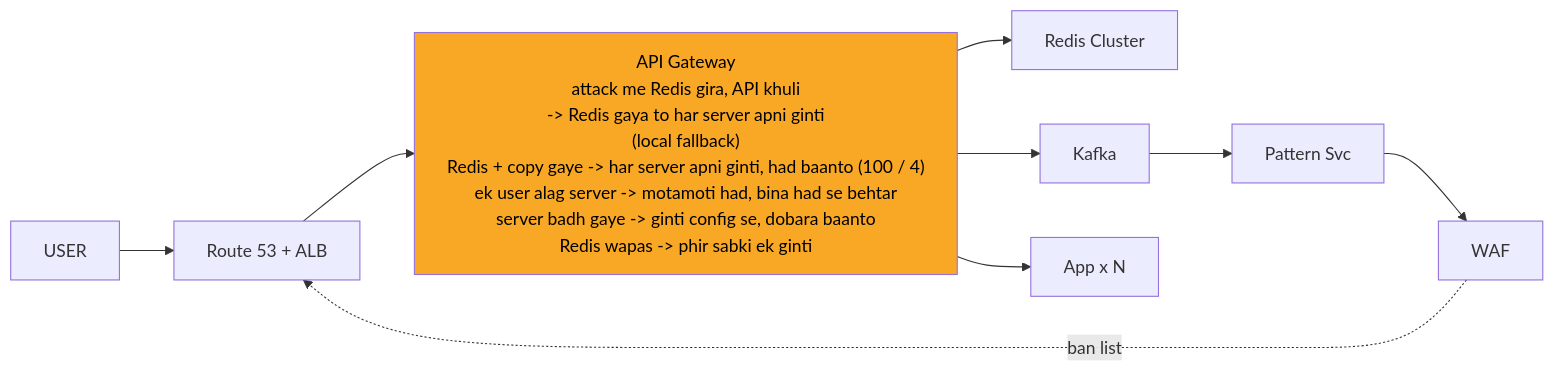
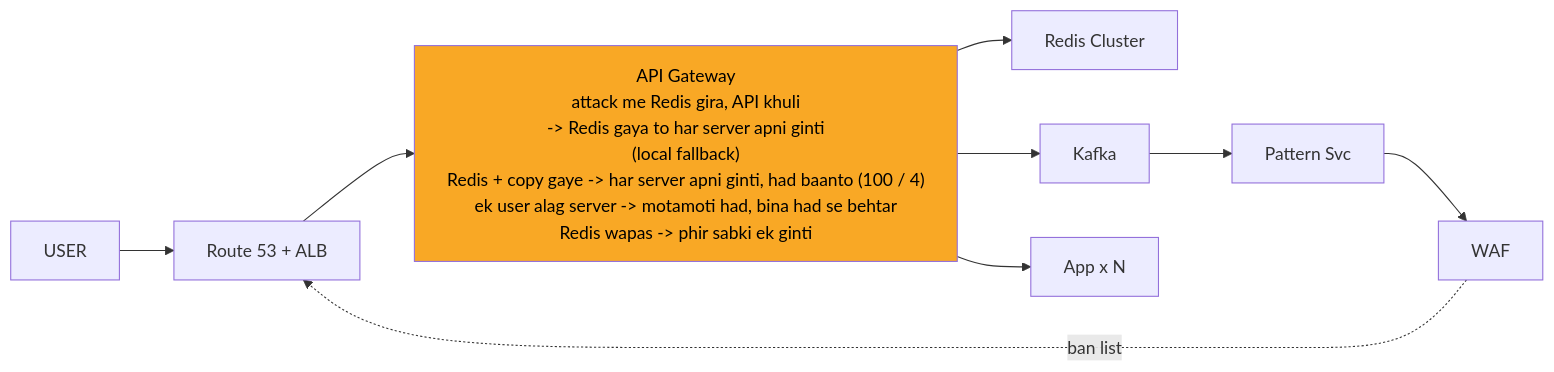
Before and after one commit to ArpanMaheshwari144/Prep: the ninth of 11 diagrams in 04_HLD/SYSTEM_DESIGNS/02_rate_limiter/02_rate_limiter.md, drawn with Mermaid. The commit also changed other lines of this file and 13 other files, not shown here.

````diff
--- a/04_HLD/SYSTEM_DESIGNS/02_rate_limiter/02_rate_limiter.md
+++ b/04_HLD/SYSTEM_DESIGNS/02_rate_limiter/02_rate_limiter.md
@@ -368,21 +368,21 @@
 ```mermaid
 %%{init: {"flowchart": {"wrappingWidth": 450}}}%%
 flowchart LR
     n_USER["USER"]
     n_EDGE["Route 53 + ALB"]
-    n_API_Gateway["API Gateway<br/>attack me Redis gira, API khuli<br/>-> Redis gaya to har server apni ginti<br/>(local fallback)<br/>Redis + copy gaye -> har server apni ginti, had baanto (100 / 4)<br/>ek user alag server -> motamoti had, bina had se behtar<br/>server badh gaye -> ginti config se, dobara baanto<br/>Redis wapas -> phir sabki ek ginti"]
+    n_API_Gateway["API Gateway<br/>attack me Redis gira, API khuli<br/>-> Redis gaya to har server apni ginti<br/>(local fallback)<br/>Redis + copy gaye -> har server apni ginti, had baanto (100 / 4)<br/>ek user alag server -> motamoti had, bina had se behtar<br/>Redis wapas -> phir sabki ek ginti"]
     n_Redis_Cluster["Redis Cluster"]
     n_Kafka["Kafka"]
     n_Pattern_Svc["Pattern Svc"]
     n_WAF["WAF"]
     n_App_xN["App x N"]
     n_EDGE --> n_API_Gateway
     n_API_Gateway --> n_Redis_Cluster
     n_API_Gateway --> n_App_xN
     n_Kafka --> n_Pattern_Svc
     n_Pattern_Svc --> n_WAF
     n_API_Gateway --> n_Kafka
     n_USER --> n_EDGE
     n_WAF -.->|ban list| n_EDGE
     style n_API_Gateway fill:#f9a825,color:#000
 ```
````
